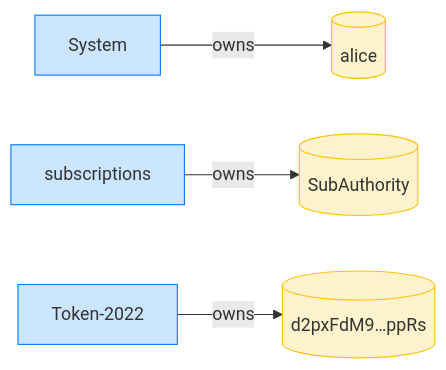
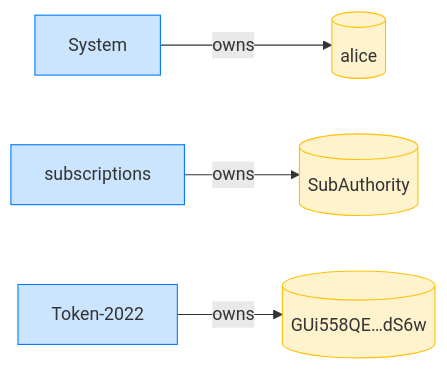
The fourth of 4 diagrams in dsl_tests/initialize-over-a-token-2022-mint---transferfeeconfig--transferhook--.md (cds-rs/subscriptions), drawn with Mermaid before and after one commit. The commit also changed other lines of this file and 224 other files, not shown here.

````diff
--- a/dsl_tests/initialize-over-a-token-2022-mint---transferfeeconfig--transferhook--.md
+++ b/dsl_tests/initialize-over-a-token-2022-mint---transferfeeconfig--transferhook--.md
@@ -73,14 +78,14 @@
 ```mermaid
 flowchart LR
     classDef owner fill:#cce5ff,stroke:#007bff;
     classDef account fill:#fff3cd,stroke:#ffc107;
     System[System]:::owner
     alice[(alice)]:::account
     subscriptions[subscriptions]:::owner
     SubAuthority[(SubAuthority)]:::account
     Token_2022["Token-2022"]:::owner
-    d2pxFdM9_ppRs[("d2pxFdM9…ppRs")]:::account
+    GUi558QE_dS6w[("GUi558QE…dS6w")]:::account
     System -->|owns| alice
     subscriptions -->|owns| SubAuthority
-    Token_2022 -->|owns| d2pxFdM9_ppRs
+    Token_2022 -->|owns| GUi558QE_dS6w
 ```
````
